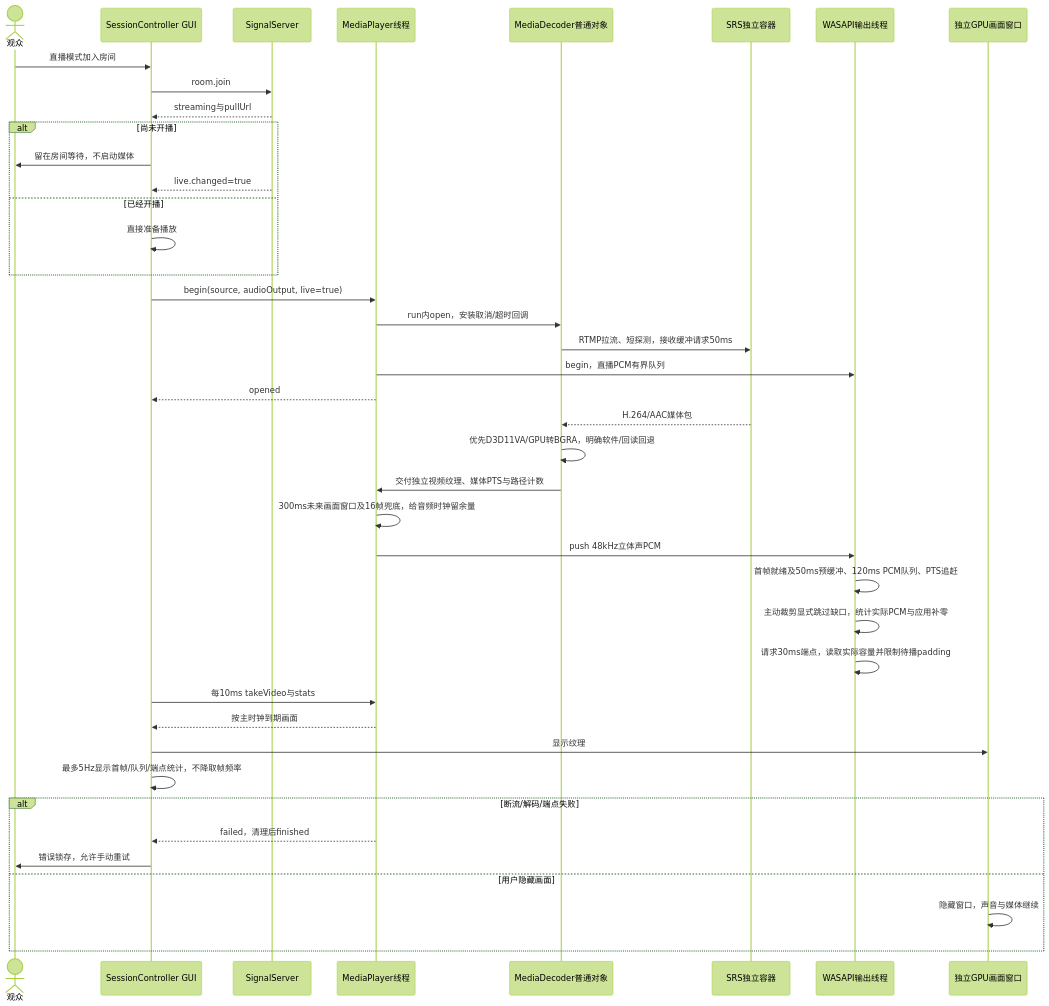
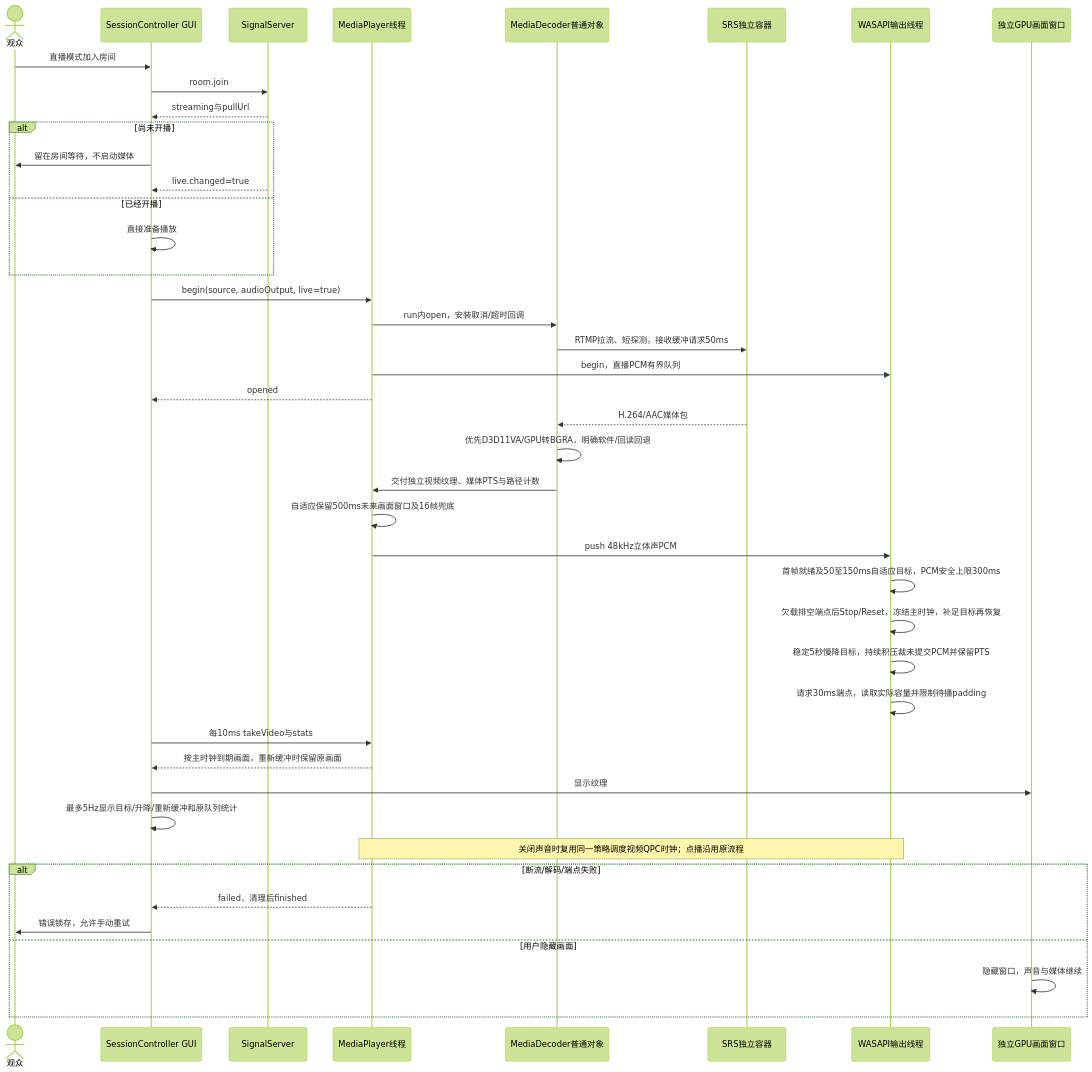
The diagram in docs/uml/live-play.mmd (kingsman-svg/OBS), drawn with Mermaid (forest theme) before and after one commit. The commit also changed 31 other files, not shown here.

```diff
--- a/docs/uml/live-play.mmd
+++ b/docs/uml/live-play.mmd
@@ -1,41 +1,43 @@
 sequenceDiagram
 actor U as 观众
 participant C as SessionController GUI
 participant S as SignalServer
 participant P as MediaPlayer线程
 participant D as MediaDecoder普通对象
 participant R as SRS独立容器
 participant A as WASAPI输出线程
 participant V as 独立GPU画面窗口
 U->>C: 直播模式加入房间
 C->>S: room.join
 S-->>C: streaming与pullUrl
 alt 尚未开播
 C->>U: 留在房间等待，不启动媒体
 S-->>C: live.changed=true
 else 已经开播
 C->>C: 直接准备播放
 end
 C->>P: begin(source, audioOutput, live=true)
 P->>D: run内open，安装取消/超时回调
 D->>R: RTMP拉流、短探测，接收缓冲请求50ms
 P->>A: begin，直播PCM有界队列
 P-->>C: opened
 R-->>D: H.264/AAC媒体包
 D->>D: 优先D3D11VA/GPU转BGRA，明确软件/回读回退
 D->>P: 交付独立视频纹理、媒体PTS与路径计数
-P->>P: 300ms未来画面窗口及16帧兜底，给音频时钟留余量
+P->>P: 自适应保留500ms未来画面窗口及16帧兜底
 P->>A: push 48kHz立体声PCM
-A->>A: 首帧就绪及50ms预缓冲、120ms PCM队列、PTS追赶
-A->>A: 主动裁剪显式跳过缺口，统计实际PCM与应用补零
+A->>A: 首帧就绪及50至150ms自适应目标，PCM安全上限300ms
+A->>A: 欠载排空端点后Stop/Reset，冻结主时钟，补足目标再恢复
+A->>A: 稳定5秒慢降目标，持续积压裁未提交PCM并保留PTS
 A->>A: 请求30ms端点，读取实际容量并限制待播padding
 C->>P: 每10ms takeVideo与stats
-P-->>C: 按主时钟到期画面
+P-->>C: 按主时钟到期画面，重新缓冲时保留原画面
 C->>V: 显示纹理
-C->>C: 最多5Hz显示首帧/队列/端点统计，不降取帧频率
+C->>C: 最多5Hz显示目标/升降/重新缓冲和原队列统计
+Note over P,A: 关闭声音时复用同一策略调度视频QPC时钟；点播沿用原流程
 alt 断流/解码/端点失败
 P-->>C: failed，清理后finished
 C->>U: 错误锁存，允许手动重试
 else 用户隐藏画面
 V->>V: 隐藏窗口，声音与媒体继续
 end
```
